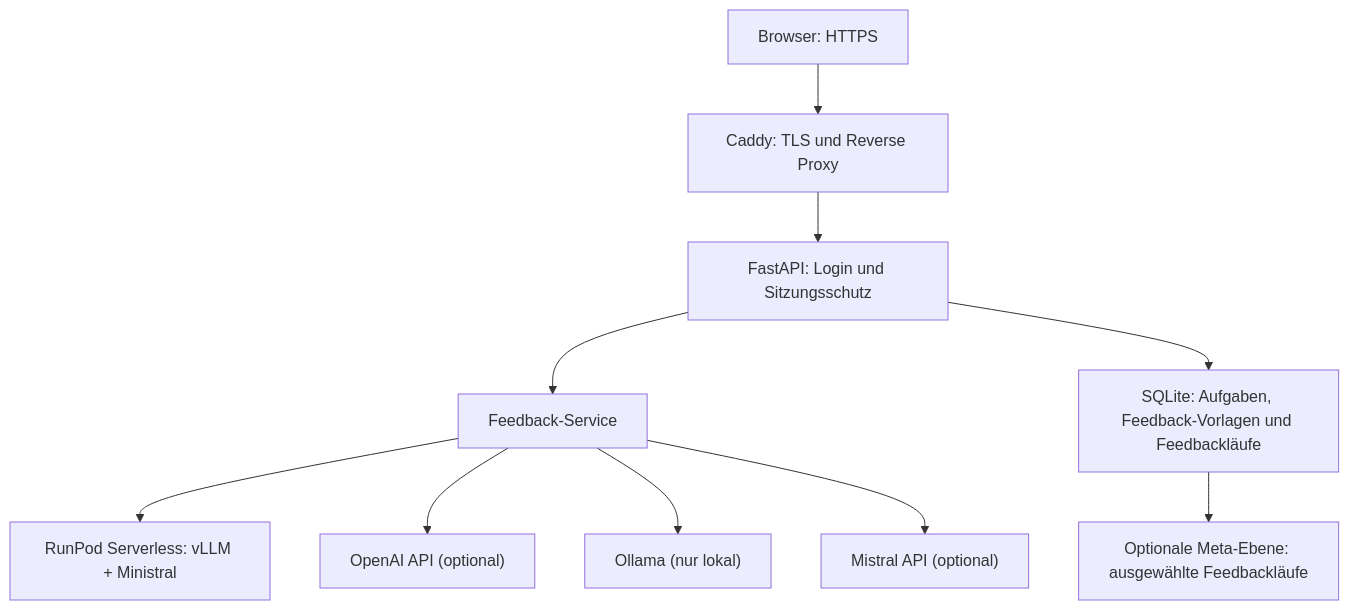
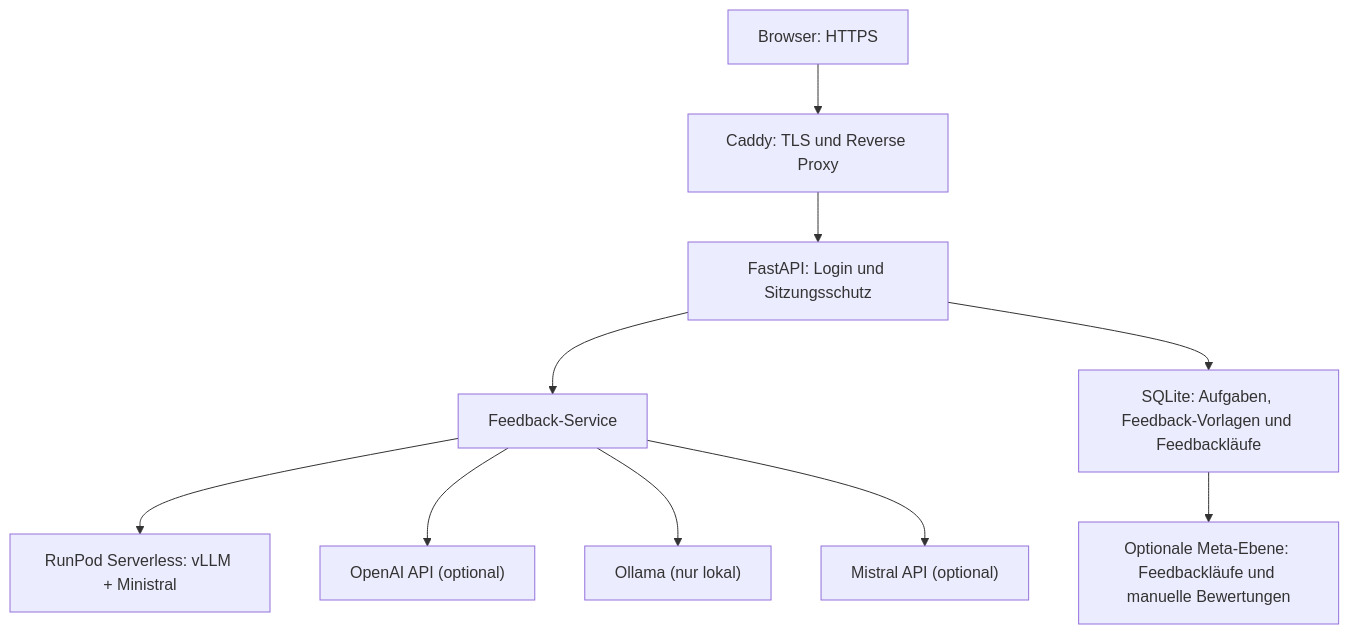
One commit to David90dotcom/ki-schreibfeedback-prototyp changed the diagram in README.md. Above: the diagram before and after it, drawn with Mermaid. The commit also changed other lines of this file and 8 other files, not shown here.

````diff
--- a/README.md
+++ b/README.md
@@ -23,12 +24,12 @@
 ```mermaid
 flowchart TD
     A["Browser: HTTPS"] --> B["Caddy: TLS und Reverse Proxy"]
     B --> C["FastAPI: Login und Sitzungsschutz"]
     C --> D["Feedback-Service"]
     D --> E["RunPod Serverless: vLLM + Ministral"]
     D --> F["OpenAI API (optional)"]
     D --> G["Ollama (nur lokal)"]
     D --> H["Mistral API (optional)"]
     C --> I["SQLite: Aufgaben, Feedback-Vorlagen und Feedbackläufe"]
-    I --> J["Optionale Meta-Ebene: ausgewählte Feedbackläufe"]
+    I --> J["Optionale Meta-Ebene: Feedbackläufe und manuelle Bewertungen"]
 ```
````
